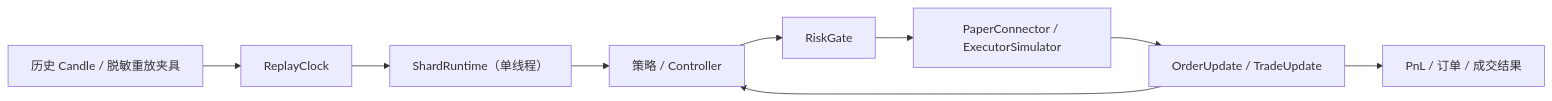
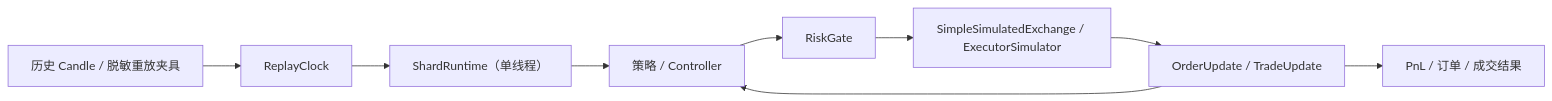
One commit to larrystd/hbot-quant changed diagram 11 of 11 in docs/ARCHITECTURE.md. Above: the diagram before and after it, drawn with Mermaid. The commit also changed other lines of this file and 54 other files, not shown here.

First line of the commit message:
Rename paper connector to simulated exchange

````diff
--- a/docs/ARCHITECTURE.md
+++ b/docs/ARCHITECTURE.md
@@ -492,11 +492,11 @@
 ```mermaid
 flowchart LR
     DATA["历史 Candle / 脱敏重放夹具"] --> CLOCK["ReplayClock"]
     CLOCK --> SHARD["ShardRuntime（单线程）"]
     SHARD --> STRATEGY["策略 / Controller"]
     STRATEGY --> RISK["RiskGate"]
-    RISK --> SIM["PaperConnector / ExecutorSimulator"]
+    RISK --> SIM["SimpleSimulatedExchange / ExecutorSimulator"]
     SIM --> EVENTS["OrderUpdate / TradeUpdate"]
     EVENTS --> STRATEGY
     EVENTS --> RESULT["PnL / 订单 / 成交结果"]
 ```
````
